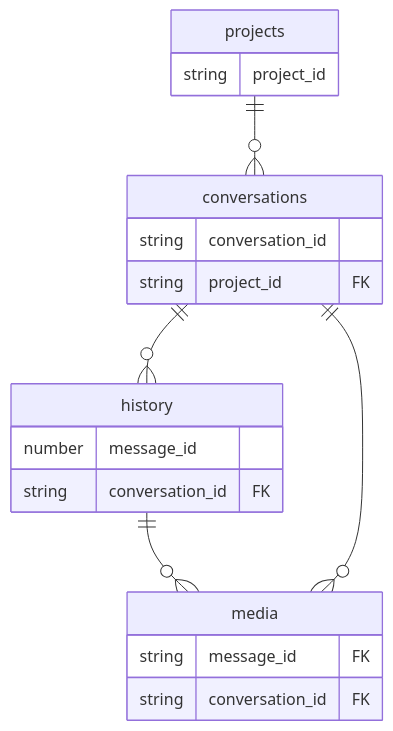
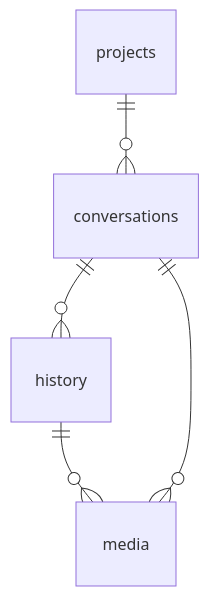
Before and after one commit to anuma-ai/sdk: the diagram in docs/schema.md, drawn with Mermaid. The commit also changed 1 other file, not shown here.

Commit message:
simplify ER diagram to relationship lines only
Column details are already in the table sections below, so the
diagram now just shows how tables connect via has_many/belongs_to.

````diff
--- a/docs/schema.md
+++ b/docs/schema.md
@@ -5,22 +5,7 @@
 ```mermaid
 erDiagram
-    history {
-        number message_id
-        string conversation_id FK
-    }
-    conversations {
-        string conversation_id
-        string project_id FK
-    }
-    projects {
-        string project_id
-    }
-    media {
-        string message_id FK
-        string conversation_id FK
-    }
     conversations ||--o{ history : ""
     history ||--o{ media : ""
     projects ||--o{ conversations : ""
     conversations ||--o{ media : ""
 ```
````
